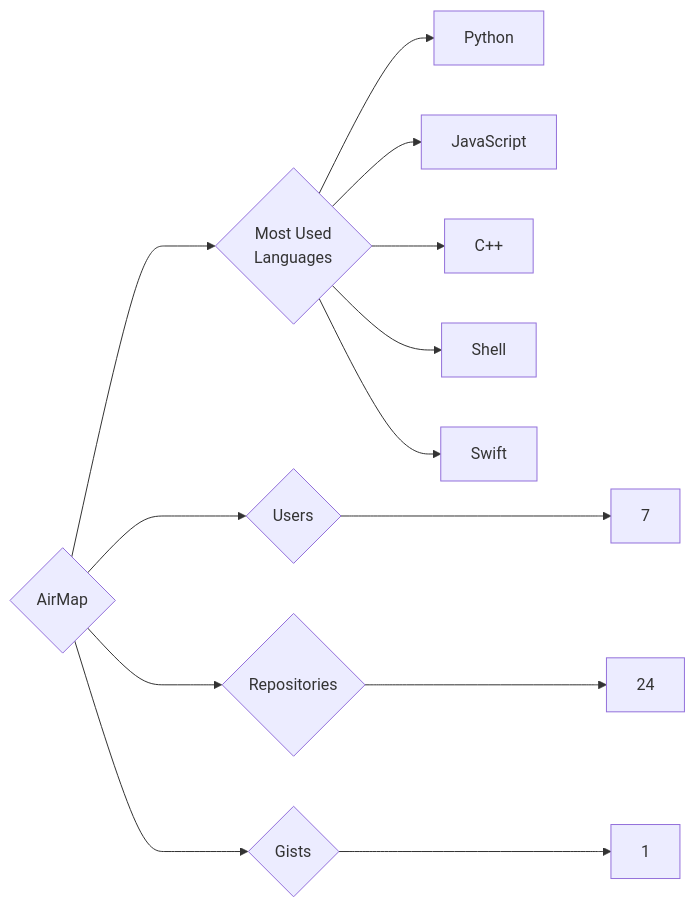
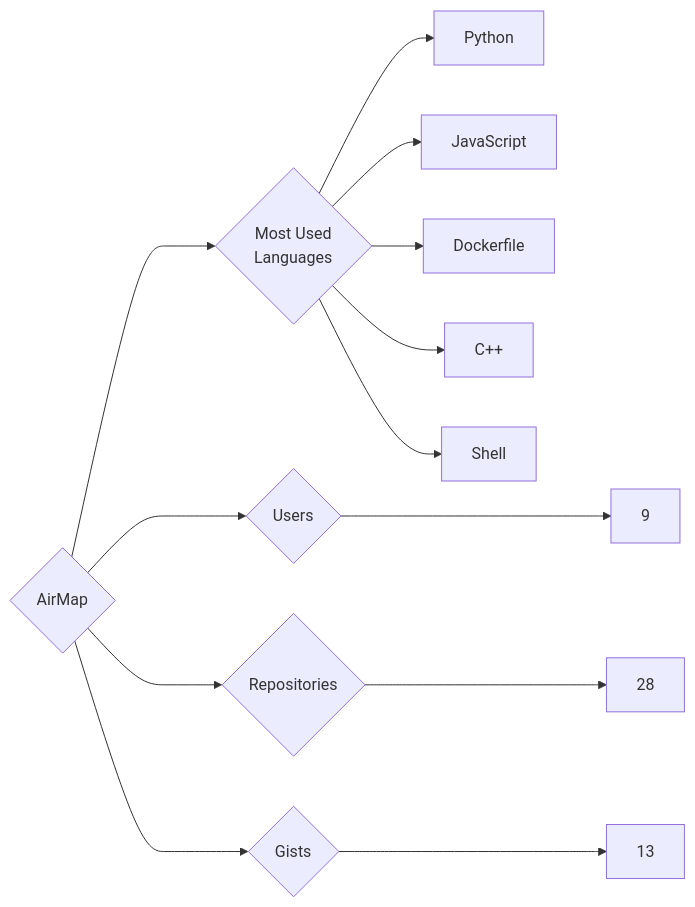
The diagram in targets/AirMap/README.md (trickest/insiders), drawn with Mermaid before and after one commit. The commit also changed 776 other files, not shown here.

````diff
--- a/targets/AirMap/README.md
+++ b/targets/AirMap/README.md
@@ -3,13 +3,13 @@
 ```mermaid
 graph LR
 COMPANY_NAME{AirMap}
-COMPANY_NAME ---> U{Users} ---> UN[7]
-COMPANY_NAME ---> R{Repositories} ---> RN[24]
-COMPANY_NAME ---> G{Gists} ---> GN[1]
+COMPANY_NAME ---> U{Users} ---> UN[9]
+COMPANY_NAME ---> R{Repositories} ---> RN[28]
+COMPANY_NAME ---> G{Gists} ---> GN[13]
 COMPANY_NAME ---> ML{Most Used<br>Languages}
 ML --> Python[Python]
 ML --> JavaScript[JavaScript]
+ML --> Dockerfile[Dockerfile]
 ML --> C++[C++]
 ML --> Shell[Shell]
-ML --> Swift[Swift]
 ```
````
